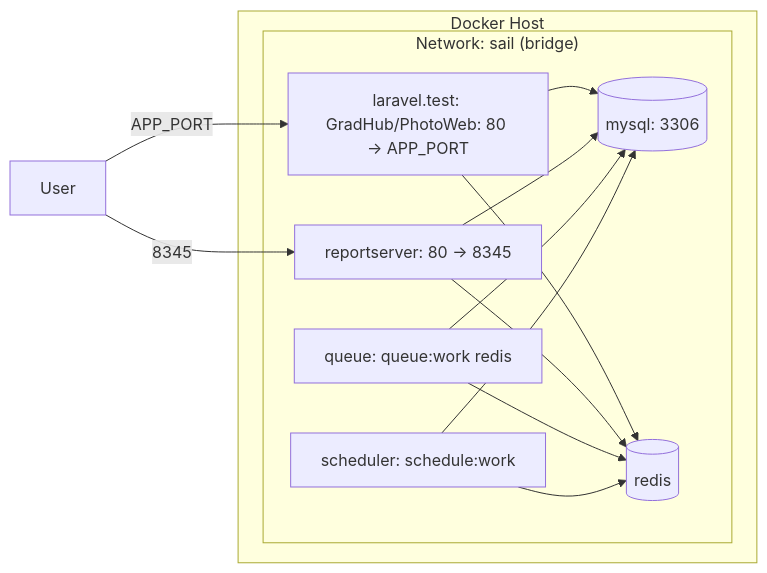
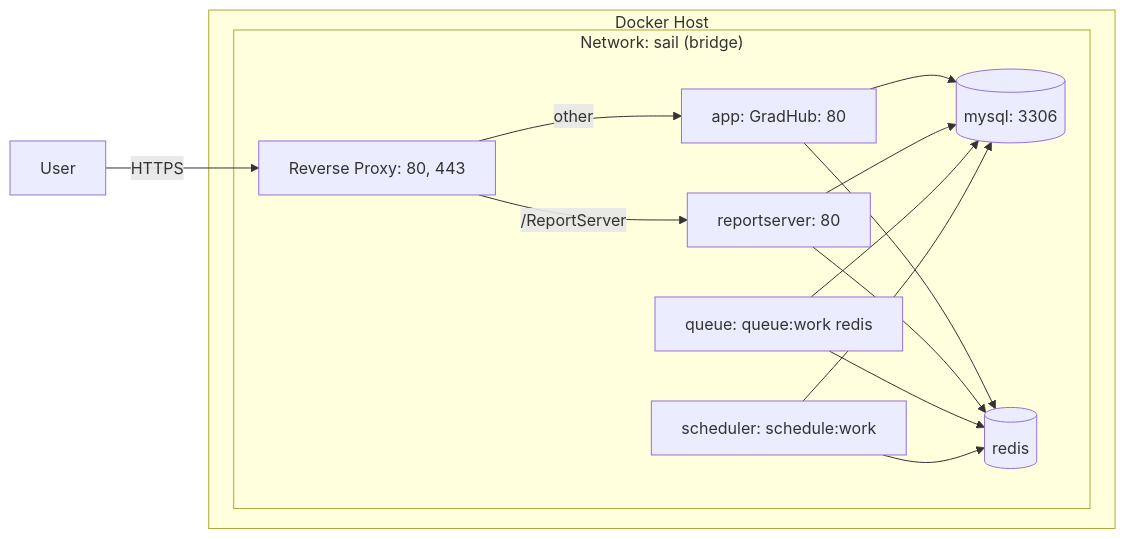
One commit to yeremko/gatest changed the second of 7 diagrams in architecture.md. Above: the diagram before and after it, drawn with Mermaid. The commit also changed other lines of this file, not shown here.

````diff
--- a/architecture.md
+++ b/architecture.md
@@ -62,24 +68,26 @@
 ```mermaid
 flowchart LR
     subgraph DockerHost["Docker Host"]
         subgraph Network["Network: sail (bridge)"]
-            App[laravel.test: GradHub/PhotoWeb: 80 → APP_PORT]
-            ReportServer[reportserver: 80 → 8345]
+            Proxy[Reverse Proxy: 80, 443]
+            App[app: GradHub: 80]
+            ReportServer[reportserver: 80]
             Queue[queue: queue:work redis]
             Sched[scheduler: schedule:work]
             MySQL[(mysql: 3306)]
             Redis[(redis)]
         end
     end
 
-    User[User] -->|APP_PORT| App
-    User -->|8345| ReportServer
+    User[User] -->|HTTPS| Proxy
+    Proxy -->|/ReportServer| ReportServer
+    Proxy -->|other| App
     App --> MySQL
     App --> Redis
     ReportServer --> MySQL
     ReportServer --> Redis
     Queue --> MySQL
     Queue --> Redis
     Sched --> MySQL
     Sched --> Redis
 ```
````
